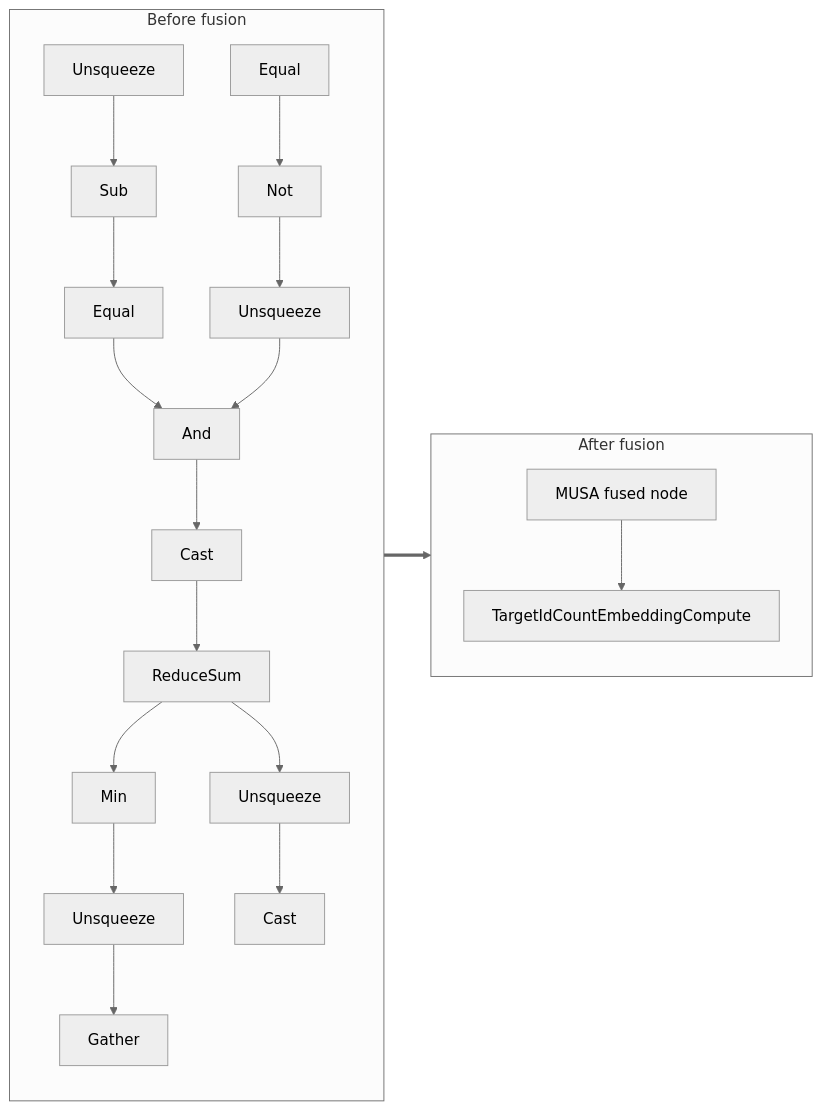
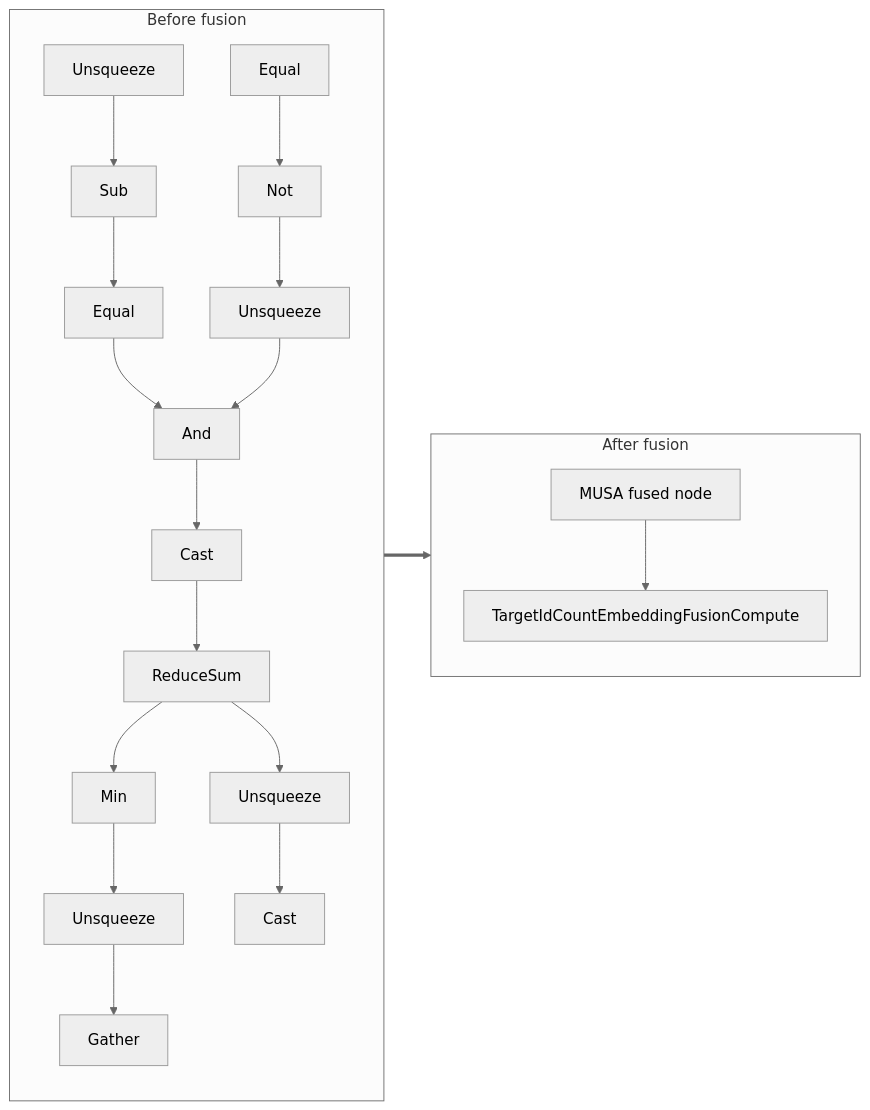
One commit to MooreThreads/onnxruntime-musa changed the diagram in musa/docs/fusion/target_id_count_embedding.md. Above: the diagram before and after it, drawn with Mermaid (neutral theme). The commit also changed other lines of this file and 45 other files, not shown here.

````diff
--- a/musa/docs/fusion/target_id_count_embedding.md
+++ b/musa/docs/fusion/target_id_count_embedding.md
@@ -24,38 +24,38 @@
 ```mermaid
 flowchart LR
   subgraph Before[Before fusion]
     B0["Unsqueeze"]
     B1["Sub"]
     B2["Equal"]
     B3["Equal"]
     B4["Not"]
     B5["Unsqueeze"]
     B6["And"]
     B7["Cast"]
     B8["ReduceSum"]
     B9["Min"]
     B10["Unsqueeze"]
     B11["Gather"]
     B12["Unsqueeze"]
     B13["Cast"]
     B0 --> B1
     B1 --> B2
     B3 --> B4
     B4 --> B5
     B2 --> B6
     B5 --> B6
     B6 --> B7
     B7 --> B8
     B8 --> B9
     B9 --> B10
     B10 --> B11
     B8 --> B12
     B12 --> B13
   end
   subgraph After[After fusion]
     A0["MUSA fused node"]
-    A1["TargetIdCountEmbeddingCompute"]
+    A1["TargetIdCountEmbeddingFusionCompute"]
     A0 --> A1
   end
   Before ==> After
 ```
````
